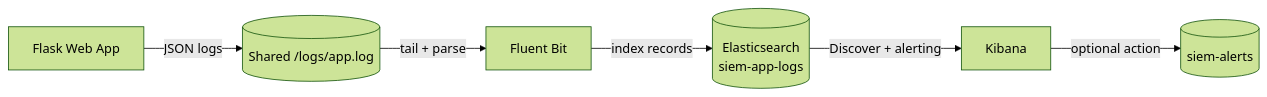
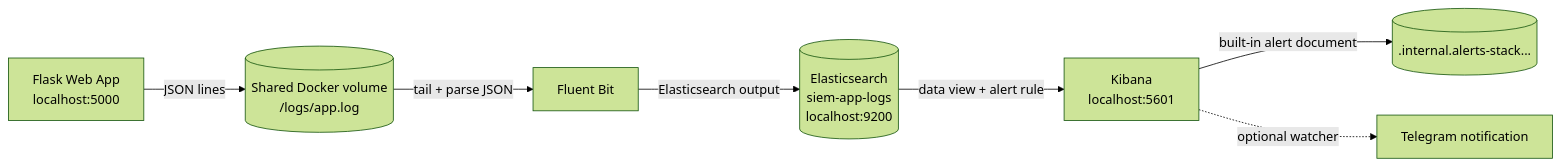
The diagram in docs/report.md (egraPA006/ssd-SIEM), drawn with Mermaid (forest theme) before and after one commit. The commit also changed other lines of this file and 9 other files, not shown here.

````diff
--- a/docs/report.md
+++ b/docs/report.md
@@ -17,8 +25,9 @@
 ```mermaid
 flowchart LR
-    A[Flask Web App] -->|JSON logs| L[(Shared /logs/app.log)]
-    L -->|tail + parse| F[Fluent Bit]
-    F -->|index records| E[(Elasticsearch<br/>siem-app-logs)]
-    E -->|Discover + alerting| K[Kibana]
-    K -->|optional action| X[(siem-alerts)]
+    A[Flask Web App<br/>localhost:5000] -->|JSON lines| L[(Shared Docker volume<br/>/logs/app.log)]
+    L -->|tail + parse JSON| F[Fluent Bit]
+    F -->|Elasticsearch output| E[(Elasticsearch<br/>siem-app-logs<br/>localhost:9200)]
+    E -->|data view + alert rule| K[Kibana<br/>localhost:5601]
+    K -->|built-in alert document| I[(.internal.alerts-stack...)]
+    K -. optional watcher .-> N[Telegram notification]
 ```
````
